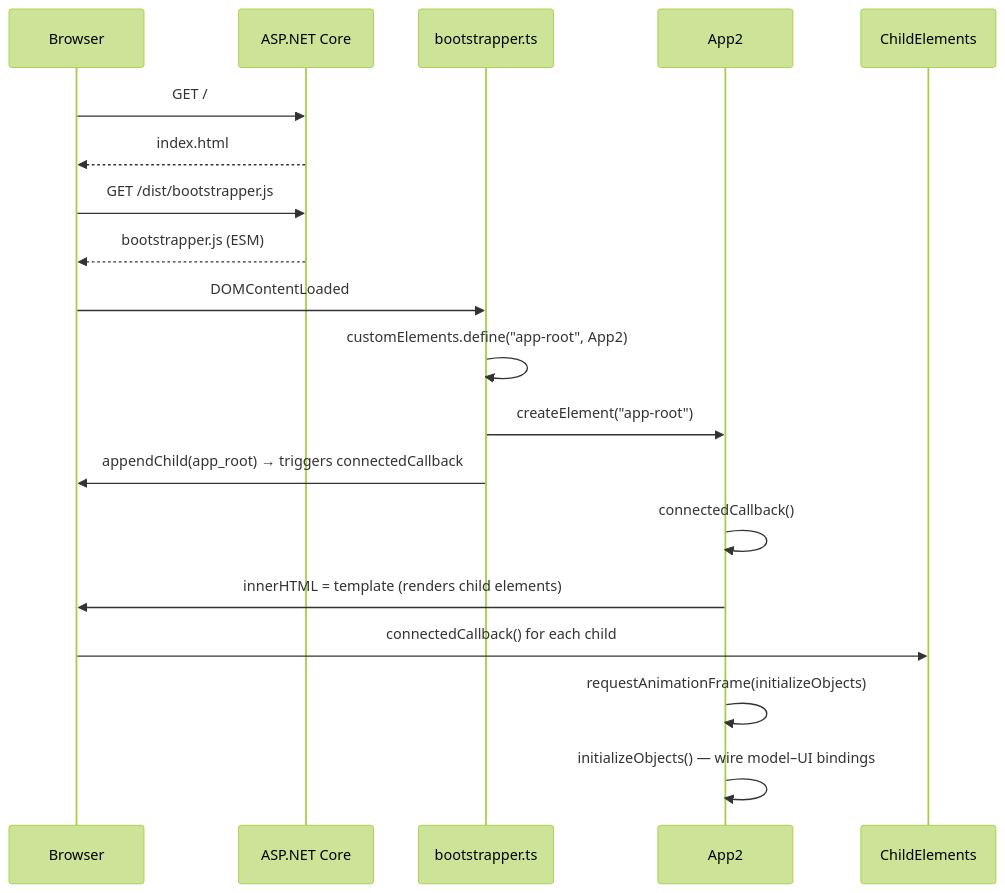
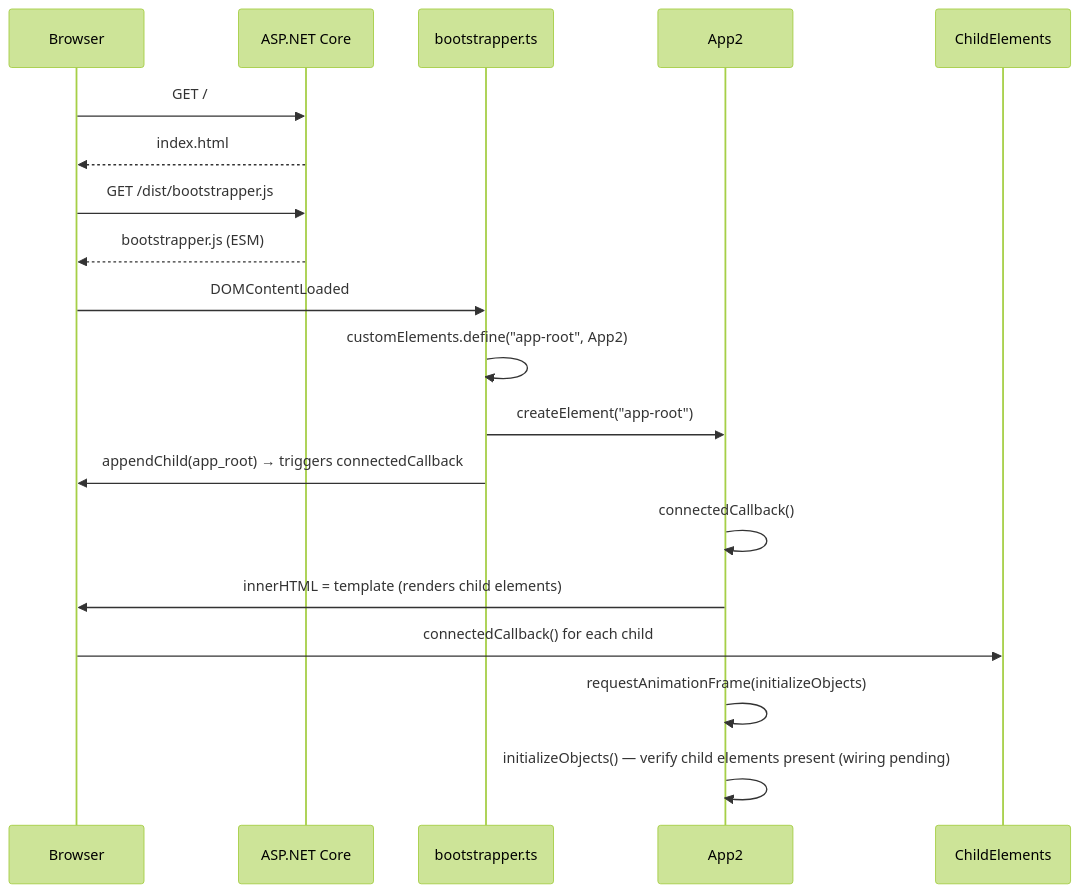
One commit to thomasinjapan/TaskManager changed the first of 2 diagrams in doc/architecture.md. Above: the diagram before and after it, drawn with Mermaid (forest theme). The commit also changed other lines of this file and 6 other files, not shown here.

````diff
--- a/doc/architecture.md
+++ b/doc/architecture.md
@@ -41,22 +43,22 @@
 ```mermaid
 sequenceDiagram
     participant Browser
     participant ASP.NET Core
     participant bootstrapper.ts
     participant App2
     participant ChildElements
 
     Browser->>ASP.NET Core: GET /
     ASP.NET Core-->>Browser: index.html
     Browser->>ASP.NET Core: GET /dist/bootstrapper.js
     ASP.NET Core-->>Browser: bootstrapper.js (ESM)
     Browser->>bootstrapper.ts: DOMContentLoaded
     bootstrapper.ts->>bootstrapper.ts: customElements.define("app-root", App2)
     bootstrapper.ts->>App2: createElement("app-root")
     bootstrapper.ts->>Browser: appendChild(app_root) → triggers connectedCallback
     App2->>App2: connectedCallback()
     App2->>Browser: innerHTML = template (renders child elements)
     Browser->>ChildElements: connectedCallback() for each child
     App2->>App2: requestAnimationFrame(initializeObjects)
-    App2->>App2: initializeObjects() — wire model–UI bindings
+    App2->>App2: initializeObjects() — verify child elements present (wiring pending)
 ```
````
